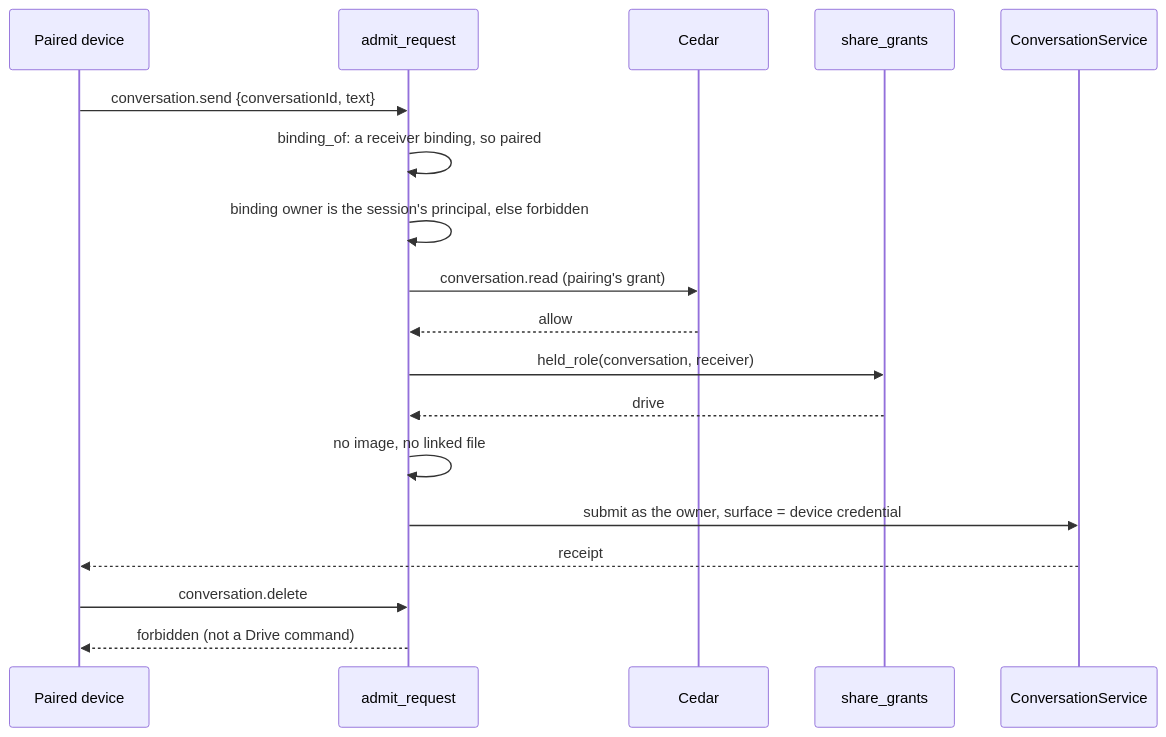
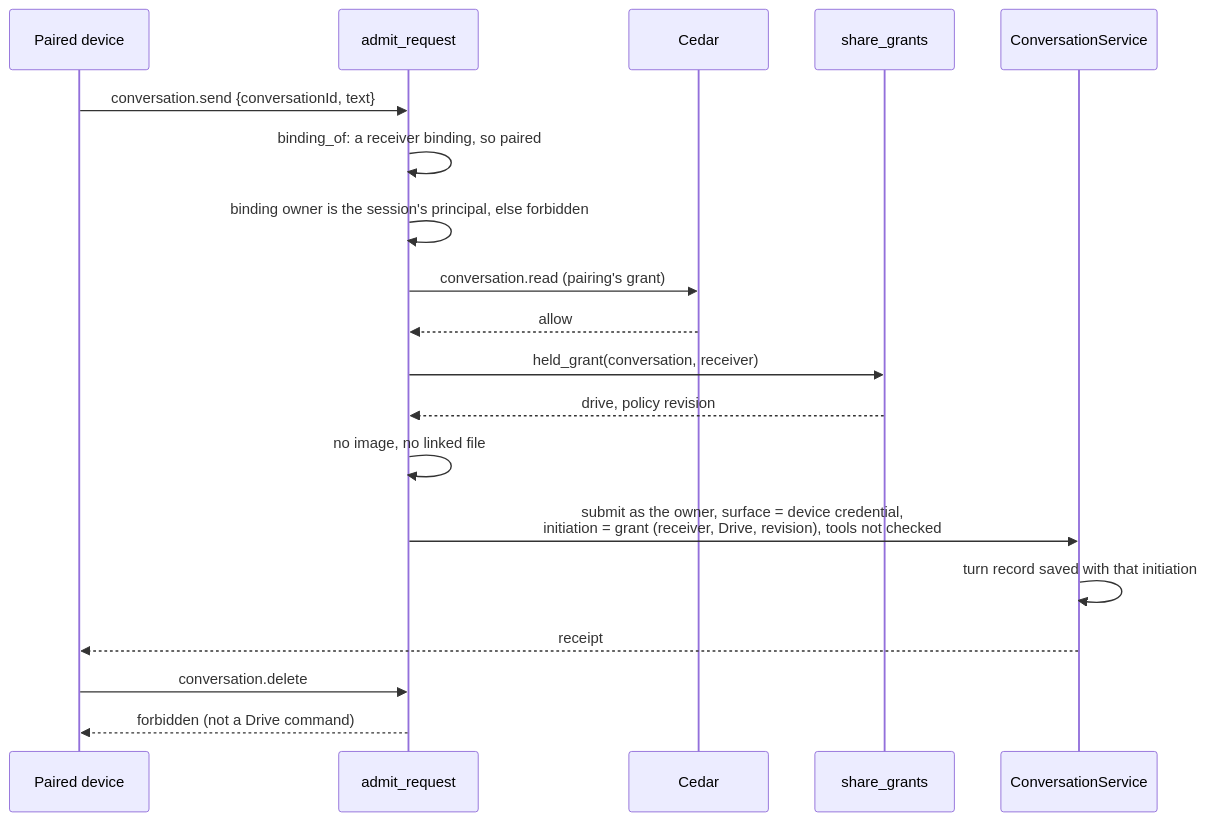
One commit to nessalabs/nessa-agent changed the third of 3 diagrams in docs/design/read-grants.md. Above: the diagram before and after it, drawn with Mermaid. The commit also changed other lines of this file and 17 other files, not shown here.

First line of the commit message:
A driven turn is saved with the Drive grant that admitted it (slice J2b of #707, part B)

````diff
--- a/docs/design/read-grants.md
+++ b/docs/design/read-grants.md
@@ -238,20 +258,21 @@
 ```mermaid
 sequenceDiagram
     participant Device as Paired device
     participant Socket as admit_request
     participant Cedar
     participant Grants as share_grants
     participant Service as ConversationService
     Device->>Socket: conversation.send {conversationId, text}
     Socket->>Socket: binding_of: a receiver binding, so paired
     Socket->>Socket: binding owner is the session's principal, else forbidden
     Socket->>Cedar: conversation.read (pairing's grant)
     Cedar-->>Socket: allow
-    Socket->>Grants: held_role(conversation, receiver)
-    Grants-->>Socket: drive
+    Socket->>Grants: held_grant(conversation, receiver)
+    Grants-->>Socket: drive, policy revision
     Socket->>Socket: no image, no linked file
-    Socket->>Service: submit as the owner, surface = device credential
+    Socket->>Service: submit as the owner, surface = device credential,<br/>initiation = grant (receiver, Drive, revision), tools not checked
+    Service->>Service: turn record saved with that initiation
     Service-->>Device: receipt
     Device->>Socket: conversation.delete
     Socket-->>Device: forbidden (not a Drive command)
 ```
````
